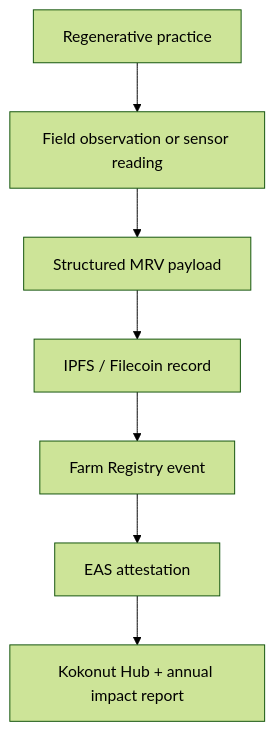
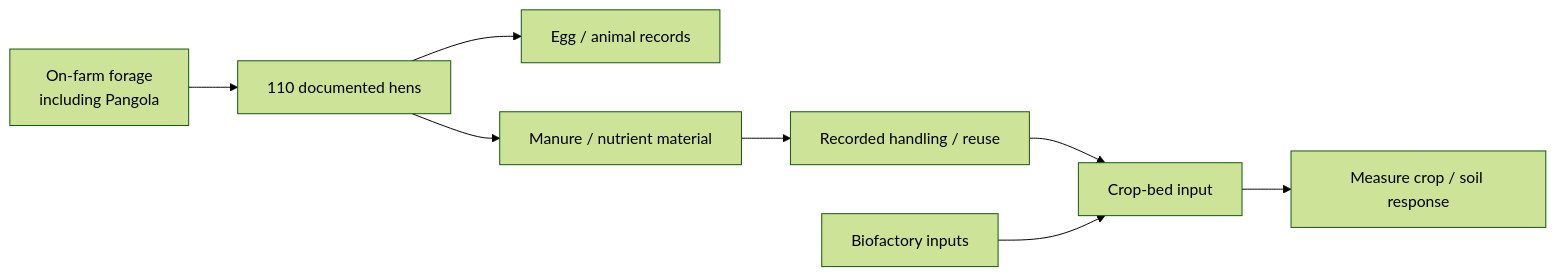
One commit to wasalo/Kokonut-Public-Site changed the second of 3 diagrams in kokonut-framework/framework-components/framework-features/5-principles-of-regeneration.mdx. Above: the diagram before and after it, drawn with Mermaid (forest theme). The commit also changed other lines of this file, not shown here.

Commit message:
docs(kokonut-framework): improve regeneration principles

````diff
--- a/kokonut-framework/framework-components/framework-features/5-principles-of-regeneration.mdx
+++ b/kokonut-framework/framework-components/framework-features/5-principles-of-regeneration.mdx
@@ -240,9 +392,11 @@
 ```mermaid
-flowchart TD
-    A["Regenerative practice"] --> B["Field observation or sensor reading"]
-    B --> C["Structured MRV payload"]
-    C --> D["IPFS / Filecoin record"]
-    D --> E["Farm Registry event"]
-    E --> F["EAS attestation"]
-    F --> G["Kokonut Hub + annual impact report"]
+flowchart LR
+    A["On-farm forage<br/>including Pangola"] --> B["110 documented hens"]
+    B --> C["Egg / animal records"]
+    B --> D["Manure / nutrient material"]
+    D --> E["Recorded handling / reuse"]
+    E --> F["Crop-bed input"]
+    F --> G["Measure crop / soil response"]
+
+    H["Biofactory inputs"] --> F
 ```
````
